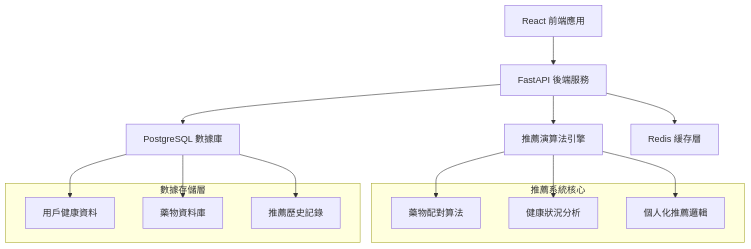
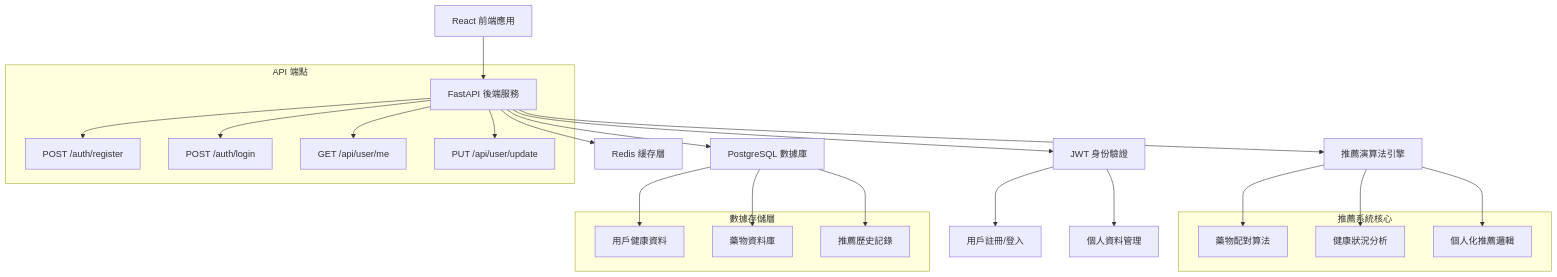
The diagram in README_CN.md (mato1321/Healixir), drawn with Mermaid before and after one commit. The commit also changed other lines of this file and 1 other file, not shown here.

````diff
--- a/README_CN.md
+++ b/README_CN.md
@@ -59,27 +65,38 @@
 ```mermaid
 graph TD
     A[React 前端應用] --> B[FastAPI 後端服務]
-    B --> C[推薦演算法引擎]
+    B --> C[JWT 身份驗證]
     B --> D[PostgreSQL 數據庫]
-    B --> E[Redis 緩存層]
+    B --> E[推薦演算法引擎]
+    B --> F[Redis 緩存層]
     
-    C --> F[藥物配對算法]
-    C --> G[健康狀況分析]
-    C --> H[個人化推薦邏輯]
+    C --> G[用戶註冊/登入]
+    C --> H[個人資料管理]
     
     D --> I[用戶健康資料]
     D --> J[藥物資料庫]
     D --> K[推薦歷史記錄]
     
+    E --> L[藥物配對算法]
+    E --> M[健康狀況分析]
+    E --> N[個人化推薦邏輯]
+    
     subgraph "推薦系統核心"
-        F
-        G  
-        H
+        L
+        M
+        N
     end
     
     subgraph "數據存儲層"
         I
         J
         K
     end
+    
+    subgraph "API 端點"
+        B --> B1[POST /auth/register]
+        B --> B2[POST /auth/login]
+        B --> B3[GET /api/user/me]
+        B --> B4[PUT /api/user/update]
+    end
 ```
````
